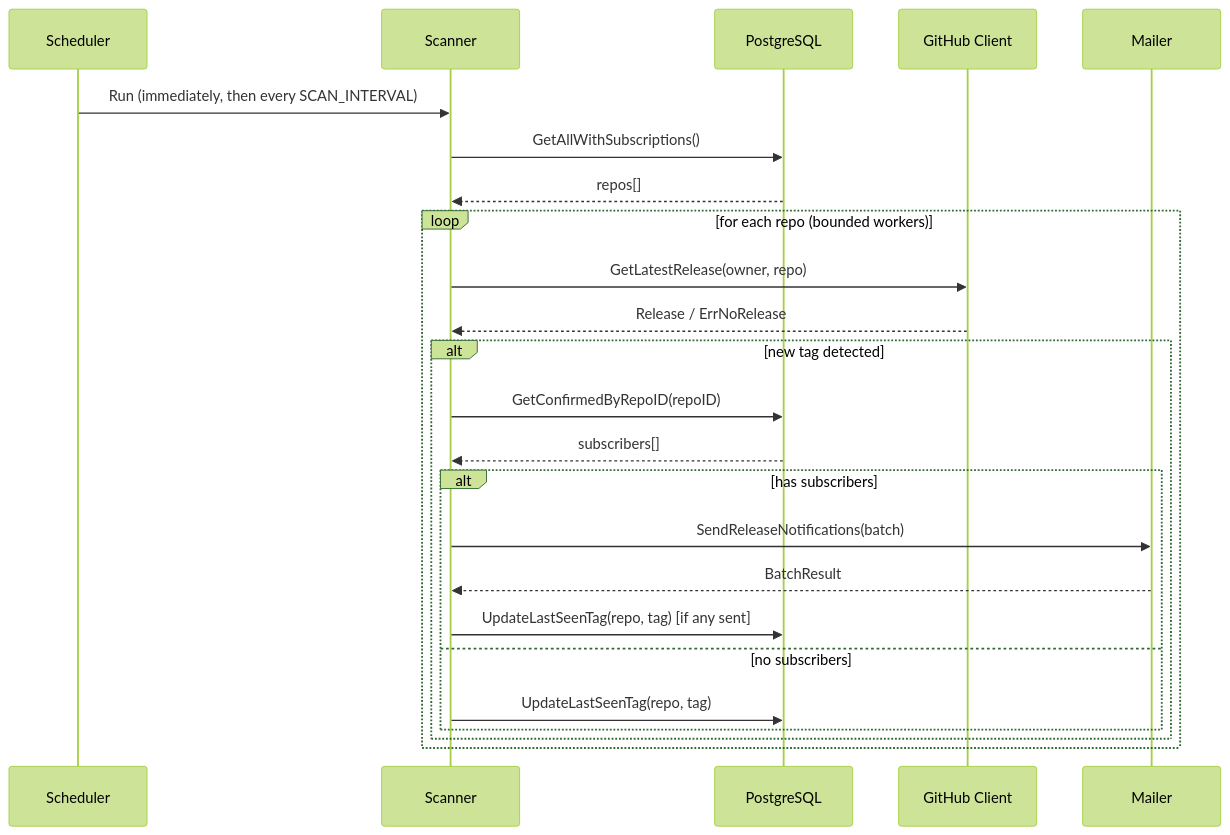
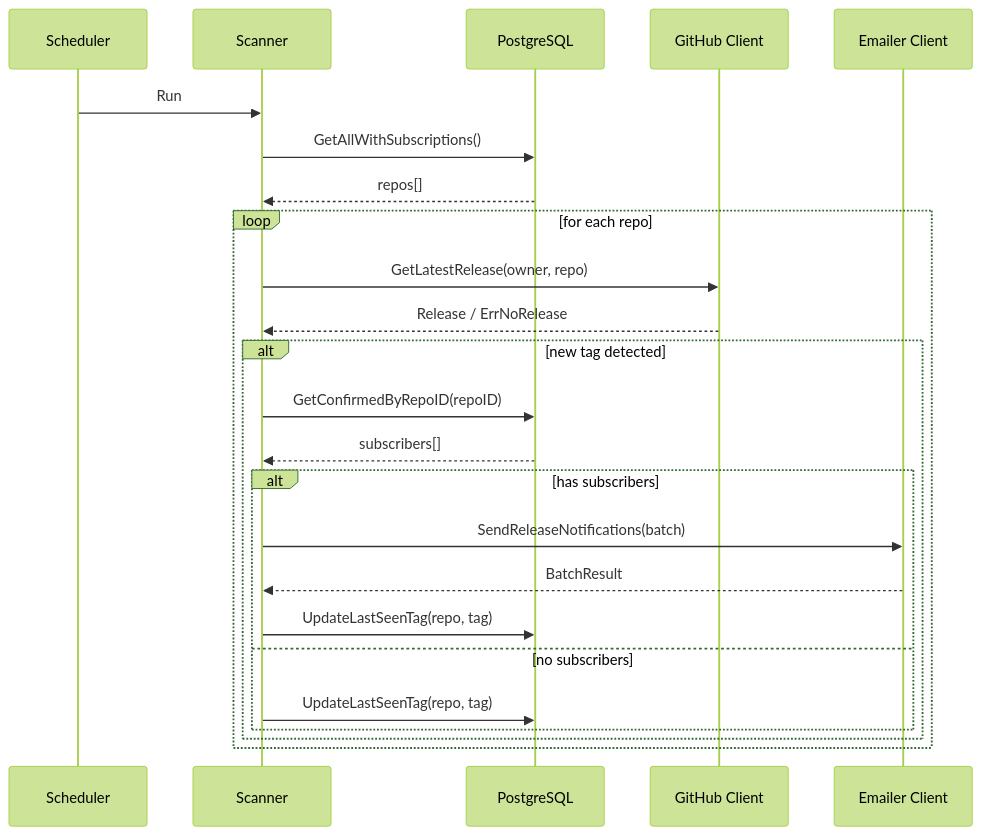
One commit to GenesisEducationKyiv/software-engineering-school-6-0-mzabrodin changed the third of 4 diagrams in docs/sdd.md. Above: the diagram before and after it, drawn with Mermaid (forest theme). The commit also changed other lines of this file, not shown here.

Commit message:
docs: update SDD with Emailer service extraction, mTLS setup, architecture and flow diagrams

````diff
--- a/docs/sdd.md
+++ b/docs/sdd.md
@@ -155,26 +166,26 @@
 ```mermaid
 sequenceDiagram
     participant Scheduler
     participant Scanner
     participant DB as PostgreSQL
     participant GH as GitHub Client
-    participant Mailer
-    Scheduler ->> Scanner: Run (immediately, then every SCAN_INTERVAL)
+    participant EC as Emailer Client
+    Scheduler ->> Scanner: Run
     Scanner ->> DB: GetAllWithSubscriptions()
     DB -->> Scanner: repos[]
-    loop for each repo (bounded workers)
+    loop for each repo
         Scanner ->> GH: GetLatestRelease(owner, repo)
         GH -->> Scanner: Release / ErrNoRelease
         alt new tag detected
             Scanner ->> DB: GetConfirmedByRepoID(repoID)
             DB -->> Scanner: subscribers[]
             alt has subscribers
-                Scanner ->> Mailer: SendReleaseNotifications(batch)
-                Mailer -->> Scanner: BatchResult
-                Scanner ->> DB: UpdateLastSeenTag(repo, tag) [if any sent]
+                Scanner ->> EC: SendReleaseNotifications(batch)
+                EC -->> Scanner: BatchResult
+                Scanner ->> DB: UpdateLastSeenTag(repo, tag)
             else no subscribers
                 Scanner ->> DB: UpdateLastSeenTag(repo, tag)
             end
         end
     end
 ```
````
